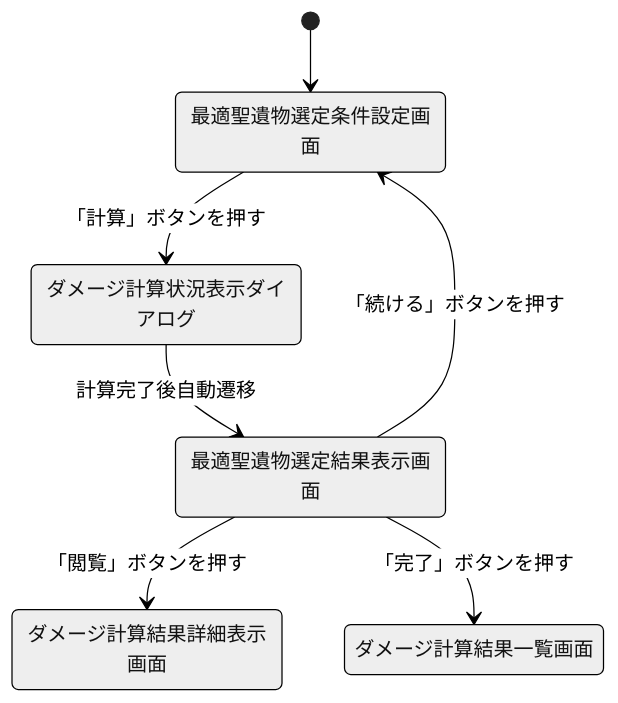
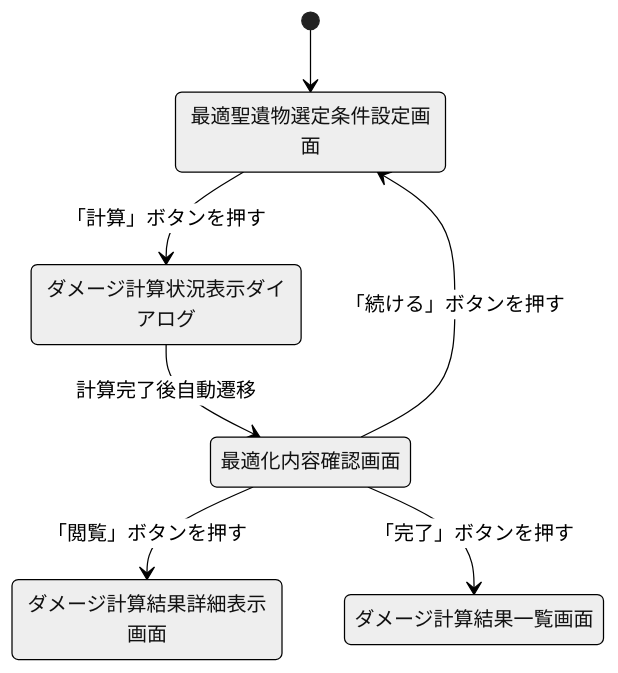
Before and after one commit to Ryosuke-Yamasaki/Genshin-Desktop-App: the fifth of 7 diagrams in README.md, drawn with Mermaid (neutral theme). The commit also changed other lines of this file, not shown here.

````diff
--- a/README.md
+++ b/README.md
@@ -358,9 +358,9 @@
 ```mermaid
 stateDiagram-v2
   [*] --> 最適聖遺物選定条件設定画面
   最適聖遺物選定条件設定画面 --> ダメージ計算状況表示ダイアログ : 「計算」ボタンを押す
-  ダメージ計算状況表示ダイアログ --> 最適聖遺物選定結果表示画面 : 計算完了後自動遷移
-  最適聖遺物選定結果表示画面 --> ダメージ計算結果詳細表示画面 : 「閲覧」ボタンを押す
-  最適聖遺物選定結果表示画面 --> ダメージ計算結果一覧画面 : 「完了」ボタンを押す
-  最適聖遺物選定結果表示画面 --> 最適聖遺物選定条件設定画面 : 「続ける」ボタンを押す
+  ダメージ計算状況表示ダイアログ --> 最適化内容確認画面 : 計算完了後自動遷移
+  最適化内容確認画面 --> ダメージ計算結果詳細表示画面 : 「閲覧」ボタンを押す
+  最適化内容確認画面 --> ダメージ計算結果一覧画面 : 「完了」ボタンを押す
+  最適化内容確認画面 --> 最適聖遺物選定条件設定画面 : 「続ける」ボタンを押す
 ```
````
